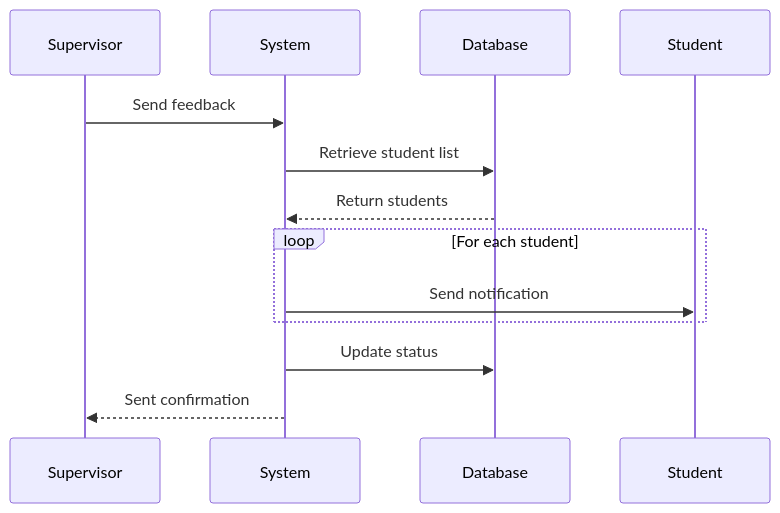
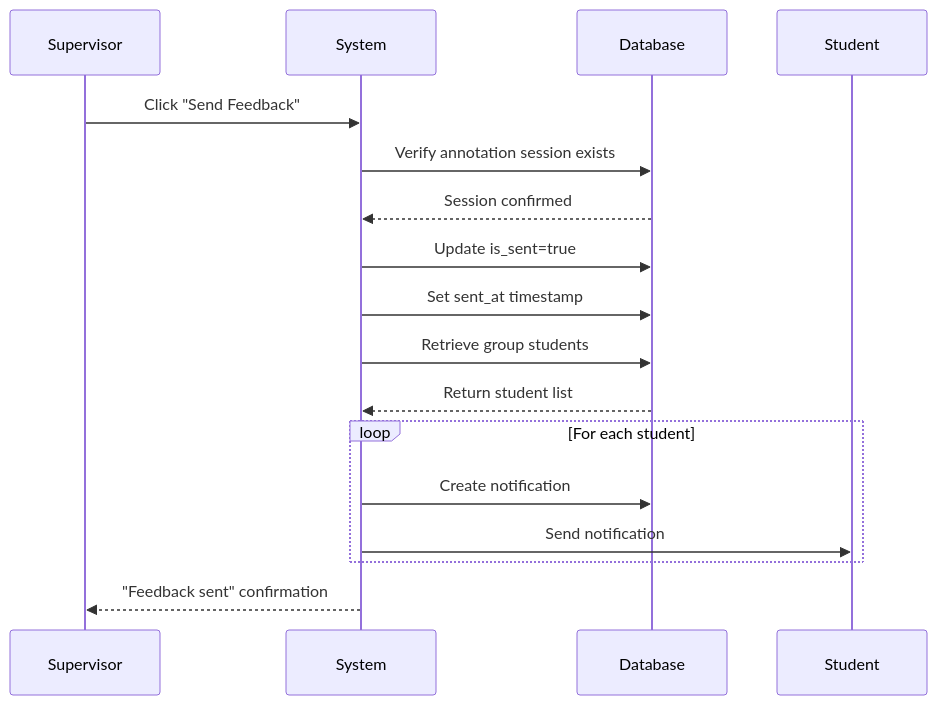
One commit to abdullah2323442/thesisrepo-backup changed the ninth of 42 diagrams in sequence.md. Above: the diagram before and after it, drawn with Mermaid. The commit also changed other lines of this file, not shown here.

````diff
--- a/sequence.md
+++ b/sequence.md
@@ -174,18 +229,24 @@
 ```mermaid
 sequenceDiagram
     participant Supervisor
     participant System
     participant Database
     participant Student
 
-    Supervisor->>System: Send feedback
-    System->>Database: Retrieve student list
-    Database-->>System: Return students
+    Supervisor->>System: Click "Send Feedback"
+    System->>Database: Verify annotation session exists
+    Database-->>System: Session confirmed
+    
+    System->>Database: Update is_sent=true
+    System->>Database: Set sent_at timestamp
+    
+    System->>Database: Retrieve group students
+    Database-->>System: Return student list
     
     loop For each student
+        System->>Database: Create notification
         System->>Student: Send notification
     end
     
-    System->>Database: Update status
-    System-->>Supervisor: Sent confirmation
+    System-->>Supervisor: "Feedback sent" confirmation
 ```
````
